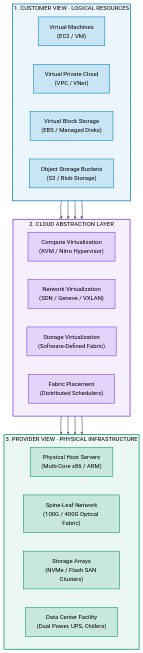
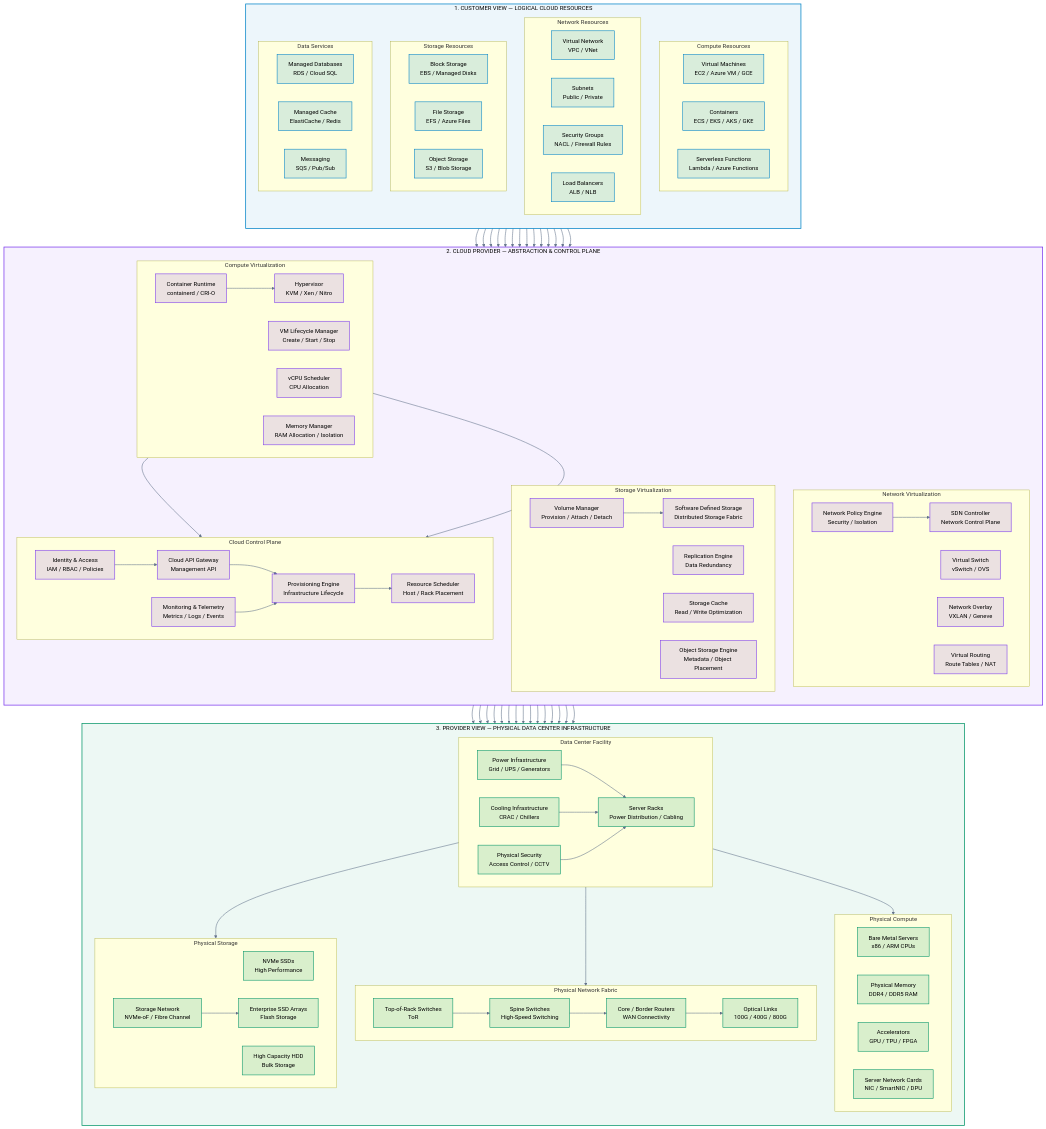
One commit to vikram-interloid/cloud-engineering changed the fourth of 9 diagrams in 00-Foundations/01-cloud-computing/01_What_is_Cloud_Computing.md. Above: the diagram before and after it, drawn with Mermaid. The commit also changed other lines of this file and 18 other files, not shown here.

````diff
--- a/00-Foundations/01-cloud-computing/01_What_is_Cloud_Computing.md
+++ b/00-Foundations/01-cloud-computing/01_What_is_Cloud_Computing.md
@@ -191,52 +191,227 @@
 ```mermaid
+
 flowchart TB
-    subgraph CUSTOMER["1. CUSTOMER VIEW · LOGICAL RESOURCES"]
-        direction LR
-        VM["Virtual Machines<br/>(EC2 / VM)"]
-        VPC["Virtual Private Cloud<br/>(VPC / VNet)"]
-        VOL["Virtual Block Storage<br/>(EBS / Managed Disks)"]
-        OBJ["Object Storage Buckets<br/>(S3 / Blob Storage)"]
+
+    %% ==========================================
+    %% LAYER 1 - CUSTOMER VIEW
+    %% ==========================================
+
+    subgraph CUSTOMER["1. CUSTOMER VIEW — LOGICAL CLOUD RESOURCES"]
+        direction TB
+
+        subgraph C_COMPUTE["Compute Resources"]
+            direction LR
+            EC2["Virtual Machines<br/>EC2 / Azure VM / GCE"]
+            CONTAINER["Containers<br/>ECS / EKS / AKS / GKE"]
+            SERVERLESS["Serverless Functions<br/>Lambda / Azure Functions"]
+        end
+
+        subgraph C_NETWORK["Network Resources"]
+            direction LR
+            VPC["Virtual Network<br/>VPC / VNet"]
+            SUBNET["Subnets<br/>Public / Private"]
+            SG["Security Groups<br/>NACL / Firewall Rules"]
+            LB["Load Balancers<br/>ALB / NLB"]
+        end
+
+        subgraph C_STORAGE["Storage Resources"]
+            direction LR
+            BLOCK["Block Storage<br/>EBS / Managed Disks"]
+            FILE["File Storage<br/>EFS / Azure Files"]
+            OBJECT["Object Storage<br/>S3 / Blob Storage"]
+        end
+
+        subgraph C_DATA["Data Services"]
+            direction LR
+            DB["Managed Databases<br/>RDS / Cloud SQL"]
+            CACHE["Managed Cache<br/>ElastiCache / Redis"]
+            QUEUE["Messaging<br/>SQS / Pub/Sub"]
+        end
     end
 
-    subgraph CLOUD["2. CLOUD ABSTRACTION LAYER"]
-        direction LR
-        H["Compute Virtualization<br/>(KVM / Nitro Hypervisor)"]
-        N["Network Virtualization<br/>(SDN / Geneve / VXLAN)"]
-        S["Storage Virtualization<br/>(Software-Defined Fabric)"]
-        O["Fabric Placement<br/>(Distributed Schedulers)"]
+    %% ==========================================
+    %% LAYER 2 - CLOUD ABSTRACTION
+    %% ==========================================
+
+    subgraph CLOUD["2. CLOUD PROVIDER — ABSTRACTION & CONTROL PLANE"]
+        direction TB
+
+        subgraph COMPUTE["Compute Virtualization"]
+            direction LR
+            HYP["Hypervisor<br/>KVM / Xen / Nitro"]
+            VM_MGR["VM Lifecycle Manager<br/>Create / Start / Stop"]
+            CPU_SCHED["vCPU Scheduler<br/>CPU Allocation"]
+            MEM["Memory Manager<br/>RAM Allocation / Isolation"]
+            CONT["Container Runtime<br/>containerd / CRI-O"]
+        end
+
+        subgraph NETWORK["Network Virtualization"]
+            direction LR
+            SDN["SDN Controller<br/>Network Control Plane"]
+            VSW["Virtual Switch<br/>vSwitch / OVS"]
+            OVERLAY["Network Overlay<br/>VXLAN / Geneve"]
+            ROUTER["Virtual Routing<br/>Route Tables / NAT"]
+            POLICY["Network Policy Engine<br/>Security / Isolation"]
+        end
+
+        subgraph STORAGE["Storage Virtualization"]
+            direction LR
+            VOL_MGR["Volume Manager<br/>Provision / Attach / Detach"]
+            SDS["Software Defined Storage<br/>Distributed Storage Fabric"]
+            REPL["Replication Engine<br/>Data Redundancy"]
+            CACHE_MGR["Storage Cache<br/>Read / Write Optimization"]
+            OBJ_MGR["Object Storage Engine<br/>Metadata / Object Placement"]
+        end
+
+        subgraph CONTROL["Cloud Control Plane"]
+            direction LR
+            API["Cloud API Gateway<br/>Management API"]
+            SCHED["Resource Scheduler<br/>Host / Rack Placement"]
+            PROV["Provisioning Engine<br/>Infrastructure Lifecycle"]
+            IAM["Identity & Access<br/>IAM / RBAC / Policies"]
+            MON["Monitoring & Telemetry<br/>Metrics / Logs / Events"]
+        end
     end
 
-    subgraph HARDWARE["3. PROVIDER VIEW · PHYSICAL INFRASTRUCTURE"]
-        direction LR
-        CPU["Physical Host Servers<br/>(Multi-Core x86 / ARM)"]
-        NET["Spine-Leaf Network<br/>(100G / 400G Optical Fabric)"]
-        DISK["Storage Arrays<br/>(NVMe / Flash SAN Clusters)"]
-        FAC["Data Center Facility<br/>(Dual Power, UPS, Chillers)"]
+    %% ==========================================
+    %% LAYER 3 - PHYSICAL INFRASTRUCTURE
+    %% ==========================================
+
+    subgraph HARDWARE["3. PROVIDER VIEW — PHYSICAL DATA CENTER INFRASTRUCTURE"]
+        direction TB
+
+        subgraph COMPUTE_HW["Physical Compute"]
+            direction LR
+            CPU["Bare Metal Servers<br/>x86 / ARM CPUs"]
+            RAM["Physical Memory<br/>DDR4 / DDR5 RAM"]
+            GPU["Accelerators<br/>GPU / TPU / FPGA"]
+            NIC["Server Network Cards<br/>NIC / SmartNIC / DPU"]
+        end
+
+        subgraph NETWORK_HW["Physical Network Fabric"]
+            direction LR
+            TOR["Top-of-Rack Switches<br/>ToR"]
+            SPINE["Spine Switches<br/>High-Speed Switching"]
+            CORE["Core / Border Routers<br/>WAN Connectivity"]
+            OPTICAL["Optical Links<br/>100G / 400G / 800G"]
+        end
+
+        subgraph STORAGE_HW["Physical Storage"]
+            direction LR
+            NVME["NVMe SSDs<br/>High Performance"]
+            SSD["Enterprise SSD Arrays<br/>Flash Storage"]
+            HDD["High Capacity HDD<br/>Bulk Storage"]
+            SAN["Storage Network<br/>NVMe-oF / Fibre Channel"]
+        end
+
+        subgraph FACILITY["Data Center Facility"]
+            direction LR
+            POWER["Power Infrastructure<br/>Grid / UPS / Generators"]
+            COOL["Cooling Infrastructure<br/>CRAC / Chillers"]
+            RACK["Server Racks<br/>Power Distribution / Cabling"]
+            PHYSSEC["Physical Security<br/>Access Control / CCTV"]
+        end
     end
 
-    VM --> H
-    VPC --> N
-    VOL --> S
-    OBJ --> S
+    %% ==========================================
+    %% CUSTOMER TO ABSTRACTION MAPPING
+    %% ==========================================
 
-    H --> CPU
-    N --> NET
-    S --> DISK
-    O --> FAC
+    EC2 --> HYP
+    EC2 --> VM_MGR
+    CONTAINER --> CONT
+    SERVERLESS --> VM_MGR
 
-    %% Translucent Theme Styling
-    style CUSTOMER fill:#0284c7,fill-opacity:0.08,stroke:#0284c7,stroke-width:2px,color:inherit
-    style CLOUD fill:#7c3aed,fill-opacity:0.08,stroke:#7c3aed,stroke-width:2px,color:inherit
-    style HARDWARE fill:#059669,fill-opacity:0.08,stroke:#059669,stroke-width:2px,color:inherit
+    VPC --> SDN
+    SUBNET --> VSW
+    SG --> POLICY
+    LB --> ROUTER
+
+    BLOCK --> VOL_MGR
+    FILE --> SDS
+    OBJECT --> OBJ_MGR
+
+    DB --> SDS
+    CACHE --> CACHE_MGR
+    QUEUE --> API
+
+    %% ==========================================
+    %% COMPUTE ABSTRACTION TO HARDWARE
+    %% ==========================================
+
+    HYP --> CPU
+    CPU_SCHED --> CPU
+    MEM --> RAM
+    CONT --> HYP
+    VM_MGR --> SCHED
+    CPU_SCHED --> SCHED
+
+    %% ==========================================
+    %% NETWORK ABSTRACTION TO HARDWARE
+    %% ==========================================
+
+    SDN --> TOR
+    VSW --> NIC
+    OVERLAY --> TOR
+    ROUTER --> SPINE
+    POLICY --> SDN
+    TOR --> SPINE
+    SPINE --> CORE
+    CORE --> OPTICAL
+
+    %% ==========================================
+    %% STORAGE ABSTRACTION TO HARDWARE
+    %% ==========================================
+
+    VOL_MGR --> SDS
+    SDS --> NVME
+    SDS --> SSD
+    OBJ_MGR --> HDD
+    REPL --> SAN
+    CACHE_MGR --> NVME
+    SAN --> SSD
+
+    %% ==========================================
+    %% CONTROL PLANE RELATIONSHIPS
+    %% ==========================================
+
+    API --> PROV
+    IAM --> API
+    PROV --> SCHED
+    SCHED --> CPU
+    SCHED --> SPINE
+    SCHED --> NVME
+    MON --> PROV
+
+    %% ==========================================
+    %% PHYSICAL FACILITY SUPPORT
+    %% ==========================================
+
+    POWER --> RACK
+    COOL --> RACK
+    PHYSSEC --> RACK
+    RACK --> CPU
+    RACK --> SPINE
+    RACK --> NVME
+
+    %% ==========================================
+    %% STYLING
+    %% ==========================================
+
+    style CUSTOMER fill:#0284c7,fill-opacity:0.07,stroke:#0284c7,stroke-width:2px,color:inherit
+    style CLOUD fill:#7c3aed,fill-opacity:0.07,stroke:#7c3aed,stroke-width:2px,color:inherit
+    style HARDWARE fill:#059669,fill-opacity:0.07,stroke:#059669,stroke-width:2px,color:inherit
 
     classDef custNode fill:#0284c7,fill-opacity:0.15,stroke:#0284c7,stroke-width:1.5px,color:inherit
-    class VM,VPC,VOL,OBJ custNode
+    classDef cloudNode fill:#7c3aed,fill-opacity:0.15,stroke:#7c3aed,stroke-width:1.5px,color:inherit
+    classDef hwNode fill:#059669,fill-opacity:0.15,stroke:#059669,stroke-width:1.5px,color:inherit
 
-    classDef cldNode fill:#7c3aed,fill-opacity:0.15,stroke:#7c3aed,stroke-width:1.5px,color:inherit
-    class H,N,S,O cldNode
+    class EC2,CONTAINER,SERVERLESS,VPC,SUBNET,SG,LB,BLOCK,FILE,OBJECT,DB,CACHE,QUEUE custNode
 
-    classDef hwNode fill:#059669,fill-opacity:0.15,stroke:#059669,stroke-width:1.5px,color:inherit
-    class CPU,NET,DISK,FAC hwNode
+    class HYP,VM_MGR,CPU_SCHED,MEM,CONT,SDN,VSW,OVERLAY,ROUTER,POLICY,VOL_MGR,SDS,REPL,CACHE_MGR,OBJ_MGR,API,SCHED,PROV,IAM,MON cloudNode
 
-    linkStyle default stroke:#64748b,stroke-width:2px
+    class CPU,RAM,GPU,NIC,TOR,SPINE,CORE,OPTICAL,NVME,SSD,HDD,SAN,POWER,COOL,RACK,PHYSSEC hwNode
+
+    linkStyle default stroke:#64748b,stroke-width:1.5px
+
 ```
````
